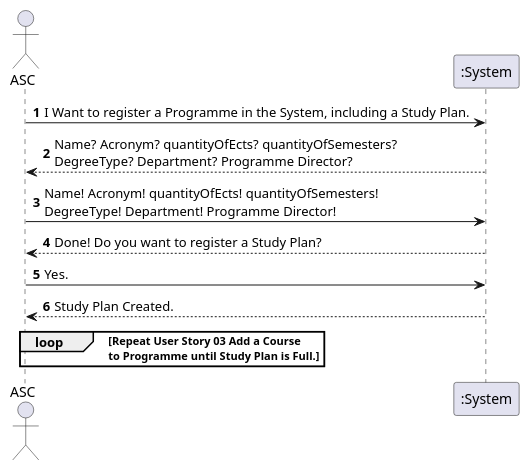
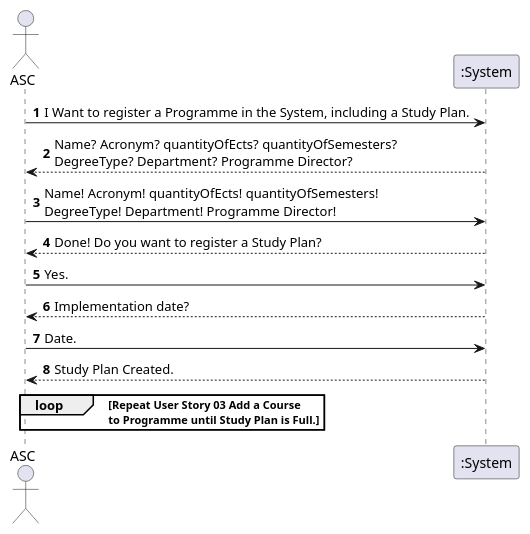
One commit to GasparISEP/DevOps-PAI changed the diagram in docs/US27/Sprint4_US27_SSD.puml. Above: the diagram before and after it, drawn with PlantUML.

Commit message:
updated US27 SSD (#53)

```diff
--- a/docs/US27/Sprint4_US27_SSD.puml
+++ b/docs/US27/Sprint4_US27_SSD.puml
@@ -1,19 +1,21 @@
 @startuml
 actor ASC as Admin
 participant ":System" as System
 autonumber
 
 Admin -> System  : I Want to register a Programme in the System, including a Study Plan.
 System --> Admin  : Name? Acronym? quantityOfEcts? quantityOfSemesters?  \nDegreeType? Department? Programme Director?
 Admin -> System  : Name! Acronym! quantityOfEcts! quantityOfSemesters!  \nDegreeType! Department! Programme Director!
 System --> Admin  : Done! Do you want to register a Study Plan?
 
 Admin -> System : Yes.
+System --> Admin: Implementation date?
+Admin -> System : Date.
 System --> Admin : Study Plan Created.
 
 loop Repeat User Story 03 Add a Course \nto Programme until Study Plan is Full.
 
 
 
 end loop
 @enduml
```
